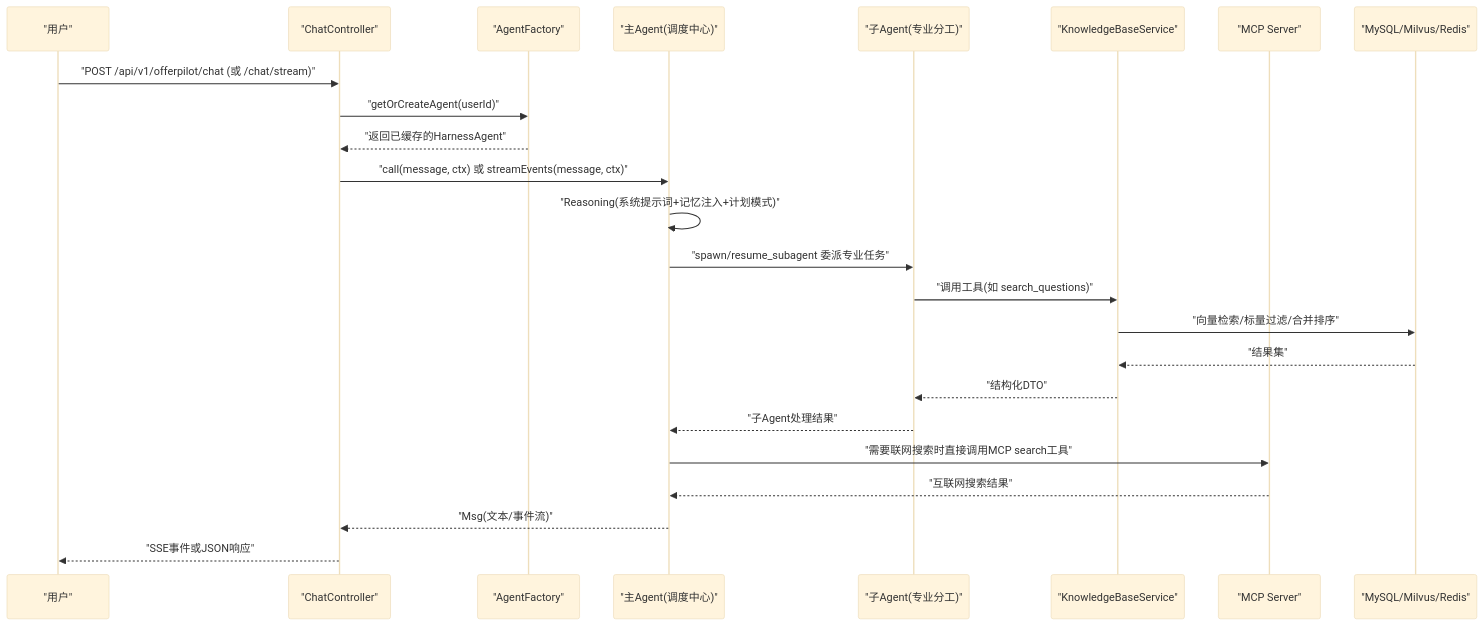
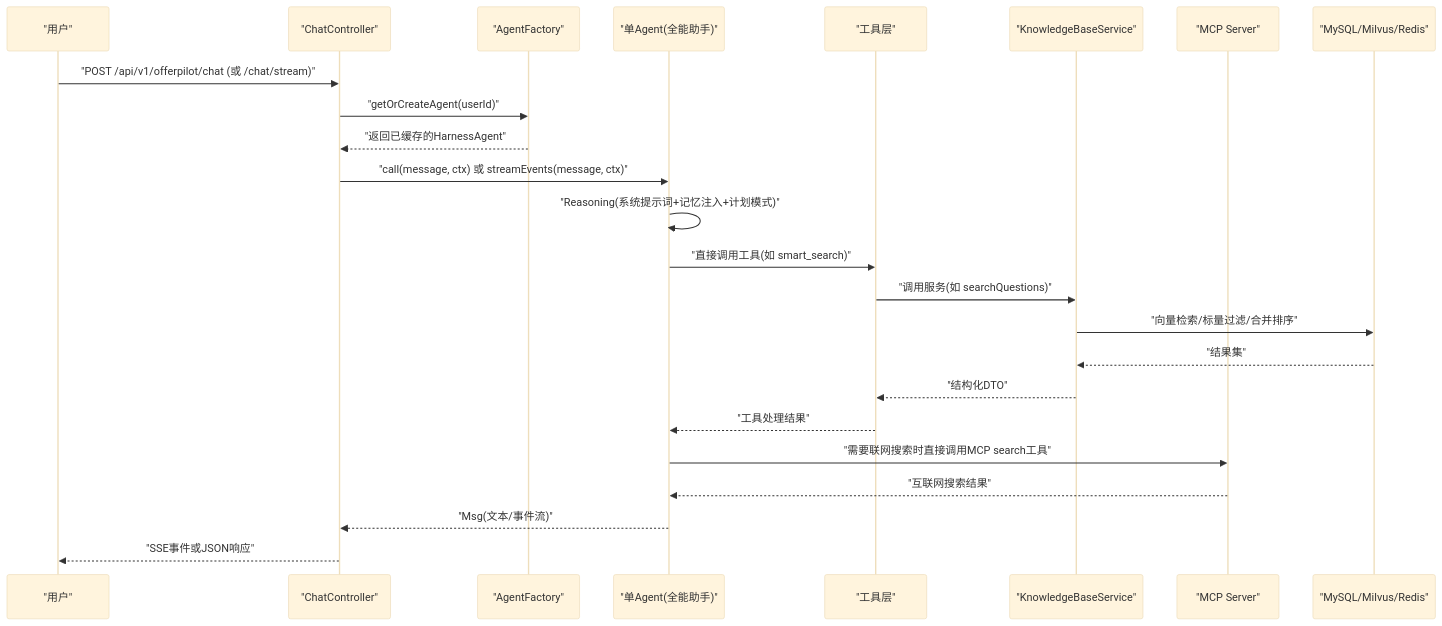
The first of 6 diagrams in .qoder/repowiki/zh/content/AgentScope 核心机制深度解析.md (Miss-zhi/OfferPilot), drawn with Mermaid (base theme) before and after one commit. The commit also changed other lines of this file and 25 other files, not shown here.

````diff
--- a/.qoder/repowiki/zh/content/AgentScope 核心机制深度解析.md
+++ b/.qoder/repowiki/zh/content/AgentScope 核心机制深度解析.md
@@ -126,26 +79,26 @@
 ```mermaid
 sequenceDiagram
 participant U as "用户"
 participant C as "ChatController"
 participant F as "AgentFactory"
-participant A as "主Agent(调度中心)"
-participant SA as "子Agent(专业分工)"
+participant A as "单Agent(全能助手)"
+participant T as "工具层"
 participant K as "KnowledgeBaseService"
 participant MCP as "MCP Server"
 participant DB as "MySQL/Milvus/Redis"
 U->>C : "POST /api/v1/offerpilot/chat (或 /chat/stream)"
 C->>F : "getOrCreateAgent(userId)"
 F-->>C : "返回已缓存的HarnessAgent"
 C->>A : "call(message, ctx) 或 streamEvents(message, ctx)"
 A->>A : "Reasoning(系统提示词+记忆注入+计划模式)"
-A->>SA : "spawn/resume_subagent 委派专业任务"
-SA->>K : "调用工具(如 search_questions)"
+A->>T : "直接调用工具(如 smart_search)"
+T->>K : "调用服务(如 searchQuestions)"
 K->>DB : "向量检索/标量过滤/合并排序"
 DB-->>K : "结果集"
-K-->>SA : "结构化DTO"
-SA-->>A : "子Agent处理结果"
+K-->>T : "结构化DTO"
+T-->>A : "工具处理结果"
 A->>MCP : "需要联网搜索时直接调用MCP search工具"
 MCP-->>A : "互联网搜索结果"
 A-->>C : "Msg(文本/事件流)"
 C-->>U : "SSE事件或JSON响应"
 ```
````
